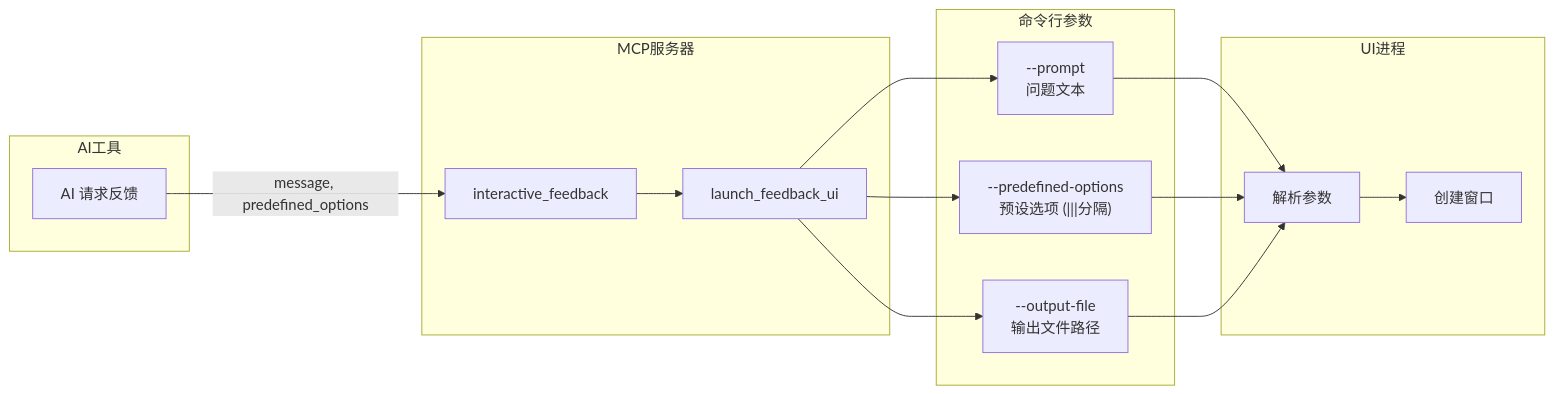
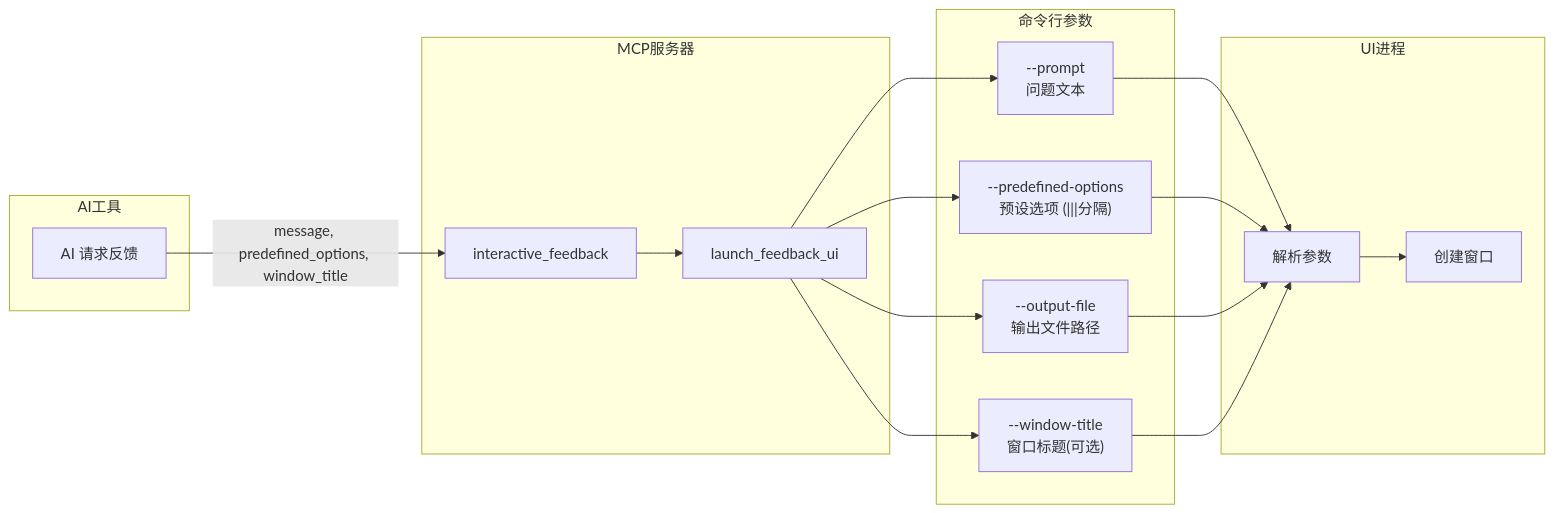
Before and after one commit to zifengb/interactive-feedback-mcp: diagram 12 of 17 in ARCHITECTURE.md, drawn with Mermaid. The commit also changed other lines of this file and 10 other files, not shown here.

````diff
--- a/ARCHITECTURE.md
+++ b/ARCHITECTURE.md
@@ -543,32 +545,35 @@
 ```mermaid
 flowchart LR
     subgraph AI工具
         Request[AI 请求反馈]
     end
     
     subgraph MCP服务器
         Tool[interactive_feedback]
         Launch[launch_feedback_ui]
     end
     
     subgraph 命令行参数
         Prompt["--prompt<br/>问题文本"]
         Options["--predefined-options<br/>预设选项 (|||分隔)"]
         Output["--output-file<br/>输出文件路径"]
+        Title["--window-title<br/>窗口标题(可选)"]
     end
     
     subgraph UI进程
         Parse[解析参数]
         Window[创建窗口]
     end
     
-    Request -->|"message, predefined_options"| Tool
+    Request -->|"message, predefined_options, window_title"| Tool
     Tool --> Launch
     Launch --> Prompt
     Launch --> Options
     Launch --> Output
+    Launch --> Title
     Prompt --> Parse
     Options --> Parse
     Output --> Parse
+    Title --> Parse
     Parse --> Window
 ```
````
